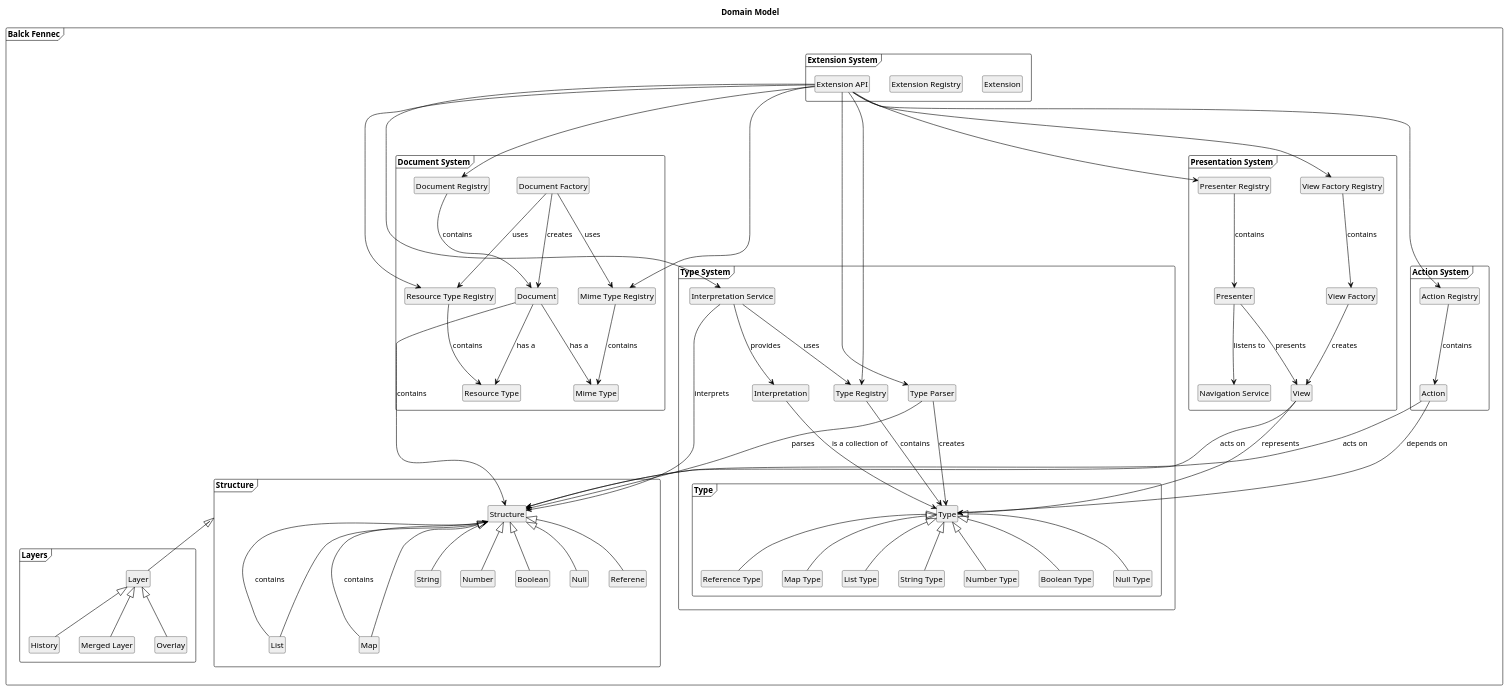
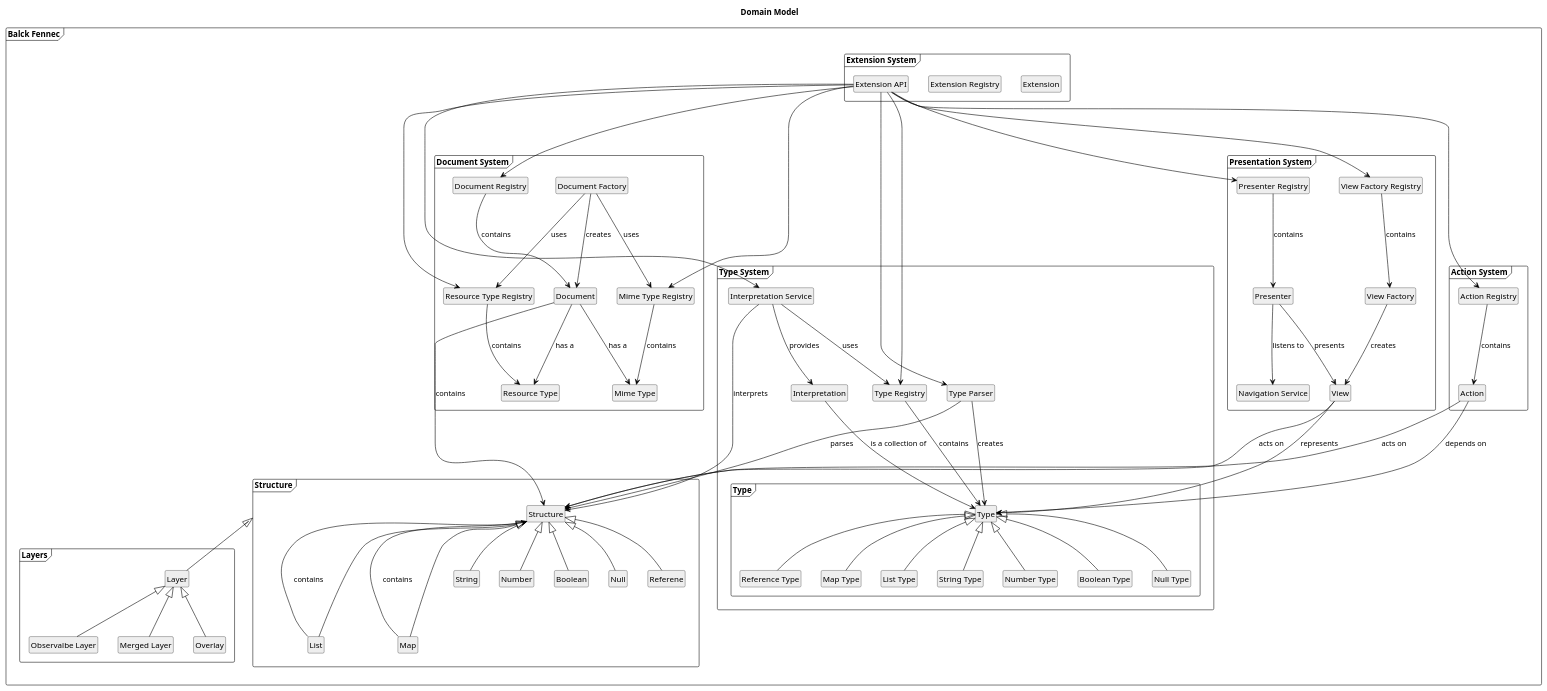
The diagram in docs/source/development/domain/domain_model.puml (blackfennec-org/blackfennec), drawn with PlantUML before and after one commit.

Commit message:
change histroy to observable layer in domain model

```diff
--- a/docs/source/development/domain/domain_model.puml
+++ b/docs/source/development/domain/domain_model.puml
@@ -1,157 +1,157 @@
 @startuml domain model
 
 hide circle
 hide members
 hide methods
 
 skinparam class {
     BackgroundColor #EEE
     ArrowColor Black
     BorderColor Black
 }
 
 title Domain Model
 
 package "Balck Fennec" <<Frame>> {
 
     package "Structure" <<Frame>>{
         class "Structure"               as s
         class "Map"                     as m
         class "List"                    as l
         class "String"                  as str
         class "Number"                  as n
         class "Boolean"                 as b
         class "Null"                    as nu
         class "Referene"                as r
 
         m -u-|> s
         l -u-|> s
         str -u-|> s
         n -u-|> s
         b -u-|> s
         nu -u-|> s
         r -u-|> s
 
         m ---> s : contains
         l ---> s : contains
     }
 
     package "Layers" <<Frame>> {
         class "Layer"                   as la
         class "Merged Layer"            as ml
         class "Overlay"                 as ol
-        class "History"                 as rl
+        class "Observalbe Layer"        as rl
 
         la -u-|> "Structure"
         ml -u-|> la
         ol -u-|> la
         rl -u-|> la
     }
 
     package "Type System" <<Frame>>{
         class "Interpretation Service"  as is 
         class "Interpretation"          as i
         class "Type Registry"           as typer
         class "Type Parser"             as tp
 
         package "Type" <<Frame>> {
             class "Type"                as t
             class "Map Type"            as mapt
             class "List Type"           as lt
             class "String Type"         as st
             class "Number Type"         as nt
             class "Boolean Type"        as bt
             class "Null Type"           as nut
             class "Reference Type"      as reft
 
             mapt -u-|> t
             lt -u-|> t
             st -u-|> t
             nt -u-|> t
             bt -u-|> t
             nut -u-|> t
             reft -u-|> t
 
         }
 
         typer ---> t : contains
         is ---> typer : uses
         tp ---> t : creates
         tp ---> s : parses
     }
 
     package "Document System" <<Frame>> {
         class "Document Factory"        as df
         class "Document Registry"       as dr
         class "Document"                as d
         class "Mime Type"               as mt
         class "Mime Type Registry"      as mtr
 
         class "Resource Type"           as rt
         class "Resource Type Registry"  as rtr
 
         mtr ---> mt : contains
         rtr ---> rt : contains
         df  ---> d : creates
         dr  ---> d : contains
         d ---> mt : has a
         d ---> rt : has a
         df  ---> mtr : uses
         df  ---> rtr : uses
     }
 
     package "Presentation System" <<Frame>> {
         class "Presenter"               as p
         class "Presenter Registry"      as pr
         class "View"                    as v
         class "View Factory Registry"   as vfr
         class "View Factory"            as vf
         class "Navigation Service"      as ns
 
         vfr ---> vf : contains
         vf ---> v : creates
         pr ---> p : contains
         p ---> v : presents
         p ---> ns : listens to
 
     }
 
     package "Action System" <<Frame>> {
         class "Action"                  as a
         class "Action Registry"         as ar
 
         ar ---> a : contains
     }
 
     package "Extension System" <<Frame>> {
         class "Extension"               as e
         class "Extension Registry"
         class "Extension API"           as api
 
         api ---> is
         api ---> pr
         api ---> ar
         api ---> vfr
         api ---> mtr
         api ---> rtr
         api ---> dr
         api ---> typer
         api ---> tp
     }
 }
 
 ' relations
 
 d ---> s : contains
 
 is ---> s : interprets
 is ---> i : provides
 i ---> t : is a collection of
 
 v ---> t : represents
 v ---> s : acts on
 
 a ---> s : acts on
 a ---> t : depends on
 
 @enduml
```
